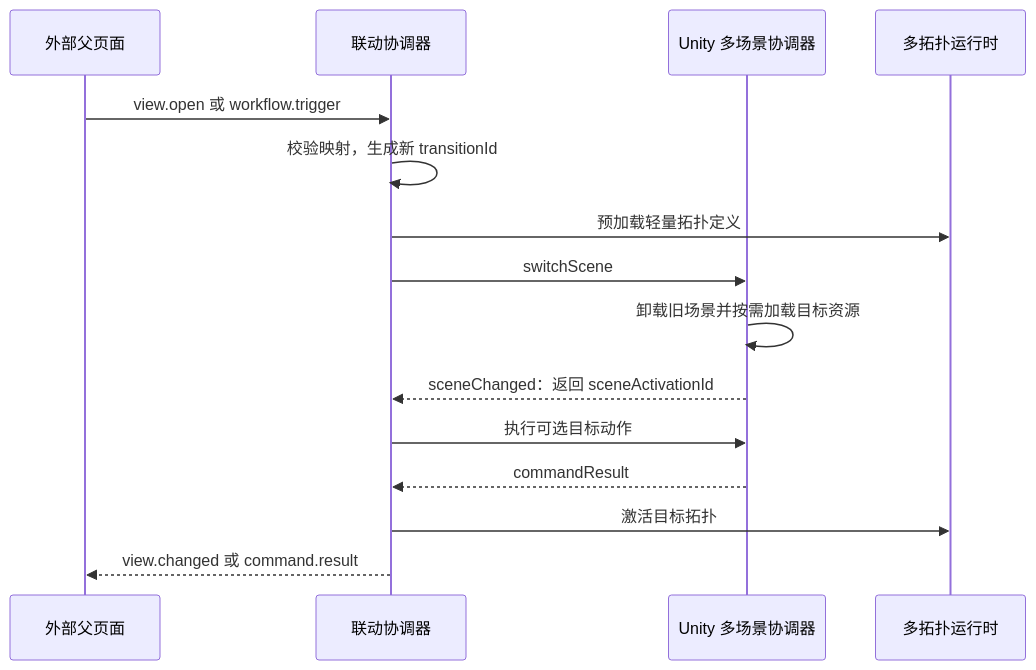
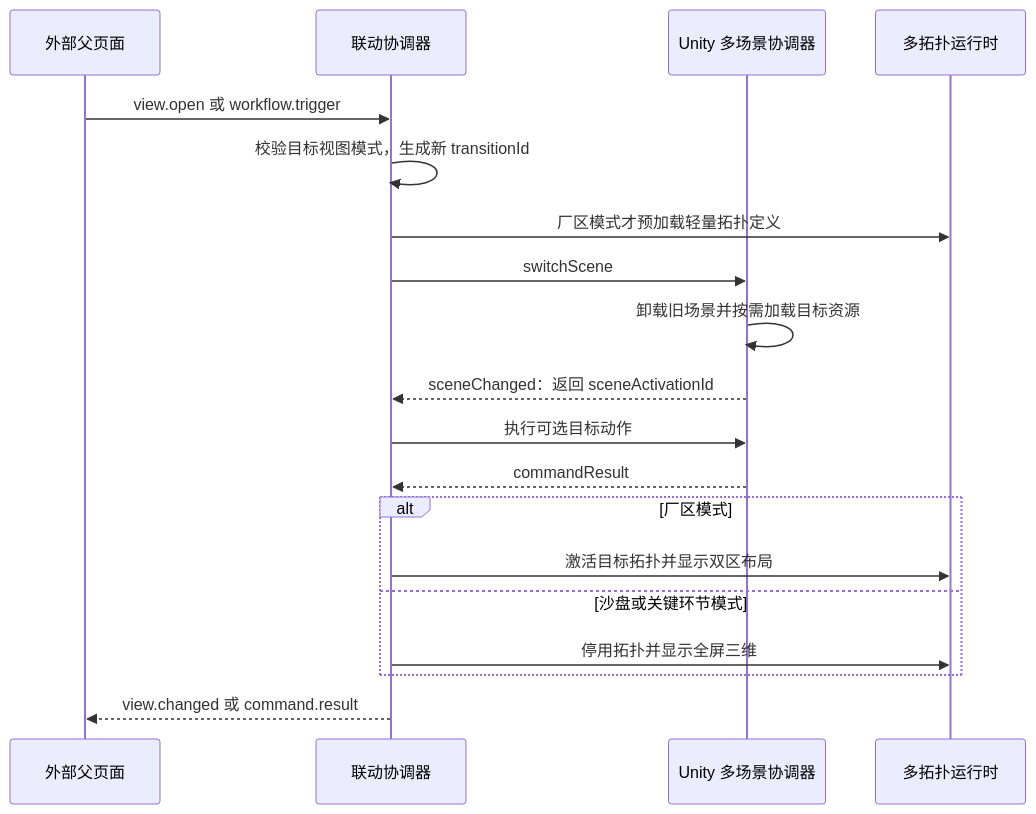
The third of 4 diagrams in Docs/电力全流程平台-前端架构设计.md (leyuexiang/WebDLPro), drawn with Mermaid before and after one commit. The commit also changed other lines of this file and 5273 other files, not shown here.

````diff
--- a/Docs/电力全流程平台-前端架构设计.md
+++ b/Docs/电力全流程平台-前端架构设计.md
@@ -520,18 +544,22 @@
 ```mermaid
 sequenceDiagram
   participant P as 外部父页面
   participant C as 联动协调器
   participant U as Unity 多场景协调器
   participant T as 多拓扑运行时
 
   P->>C: view.open 或 workflow.trigger
-  C->>C: 校验映射，生成新 transitionId
-  C->>T: 预加载轻量拓扑定义
+  C->>C: 校验目标视图模式，生成新 transitionId
+  C->>T: 厂区模式才预加载轻量拓扑定义
   C->>U: switchScene
   U->>U: 卸载旧场景并按需加载目标资源
   U-->>C: sceneChanged：返回 sceneActivationId
   C->>U: 执行可选目标动作
   U-->>C: commandResult
-  C->>T: 激活目标拓扑
+  alt 厂区模式
+    C->>T: 激活目标拓扑并显示双区布局
+  else 沙盘或关键环节模式
+    C->>T: 停用拓扑并显示全屏三维
+  end
   C-->>P: view.changed 或 command.result
 ```
````
